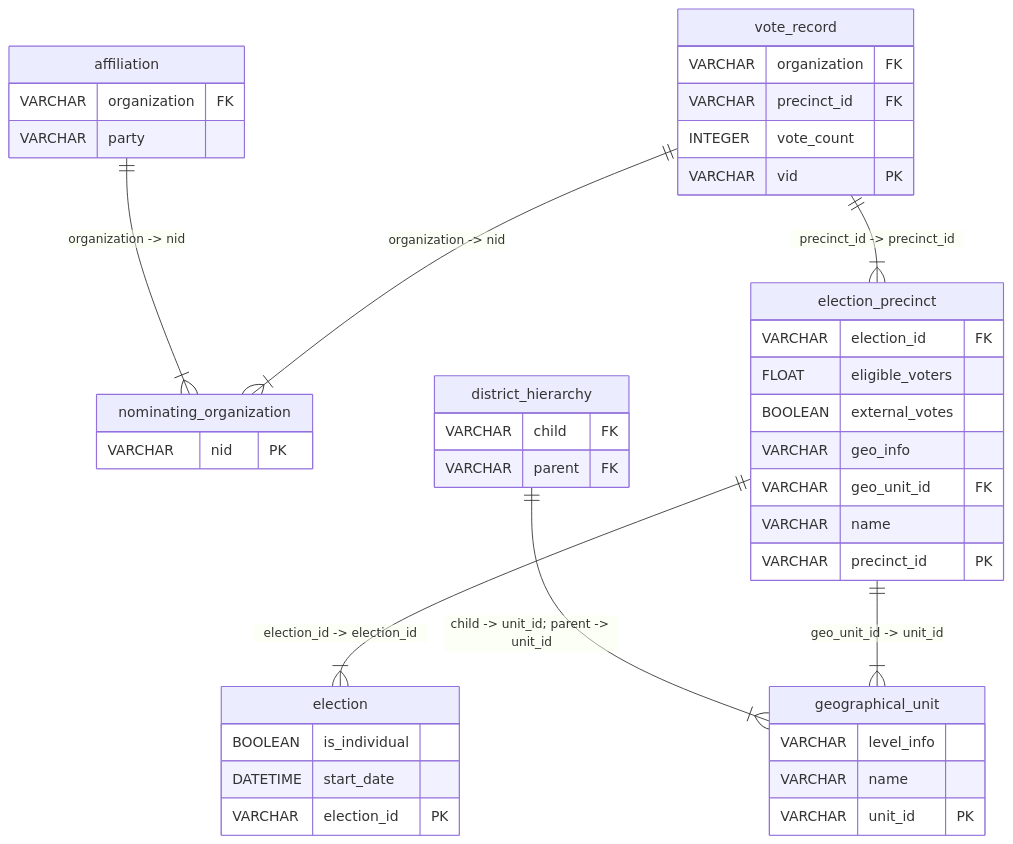
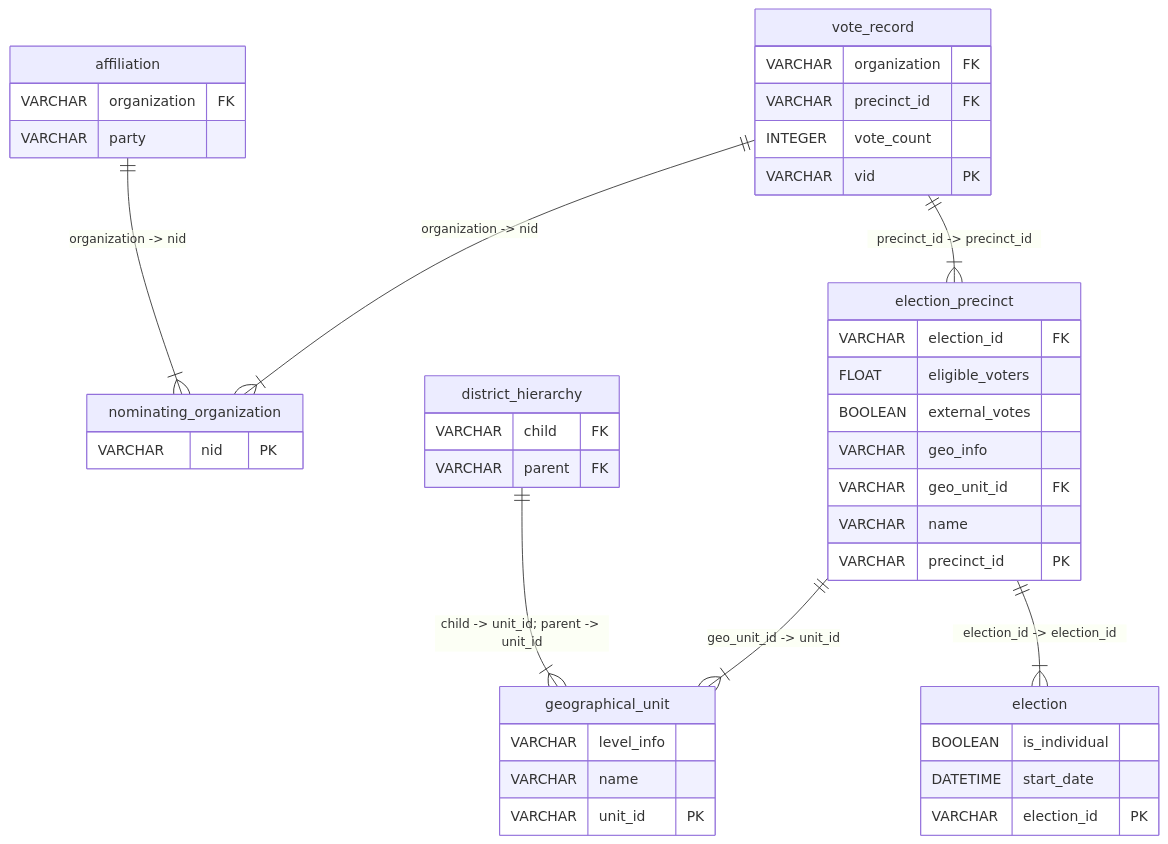
One commit to sscu-budapest/explorer changed the diagram in _sources/dataset-pages/hungarian_elections.md. Above: the diagram before and after it, drawn with Mermaid. The commit also changed other lines of this file and 21 other files, not shown here.

````diff
--- a/_sources/dataset-pages/hungarian_elections.md
+++ b/_sources/dataset-pages/hungarian_elections.md
@@ -22,45 +22,45 @@
 ```{mermaid}
 erDiagram
   affiliation {    
     VARCHAR organization FK     
     VARCHAR party  
   }
   nominating_organization {    
     VARCHAR nid PK 
   }
   district_hierarchy {    
     VARCHAR child FK     
     VARCHAR parent FK 
   }
   geographical_unit {    
     VARCHAR level_info      
     VARCHAR name      
     VARCHAR unit_id PK 
   }
   election {    
     BOOLEAN is_individual      
     DATETIME start_date      
     VARCHAR election_id PK 
   }
   election_precinct {    
     VARCHAR election_id FK     
     FLOAT eligible_voters      
     BOOLEAN external_votes      
     VARCHAR geo_info      
     VARCHAR geo_unit_id FK     
     VARCHAR name      
     VARCHAR precinct_id PK 
   }
   vote_record {    
     VARCHAR organization FK     
     VARCHAR precinct_id FK     
     INTEGER vote_count      
     VARCHAR vid PK 
   }
   affiliation ||--|{ nominating_organization : "organization -> nid"
   district_hierarchy ||--|{ geographical_unit : "child -> unit_id; parent -> unit_id"
+  election_precinct ||--|{ geographical_unit : "geo_unit_id -> unit_id"
   election_precinct ||--|{ election : "election_id -> election_id"
-  election_precinct ||--|{ geographical_unit : "geo_unit_id -> unit_id"
+  vote_record ||--|{ election_precinct : "precinct_id -> precinct_id"
   vote_record ||--|{ nominating_organization : "organization -> nid"
-  vote_record ||--|{ election_precinct : "precinct_id -> precinct_id"
 ```
````
